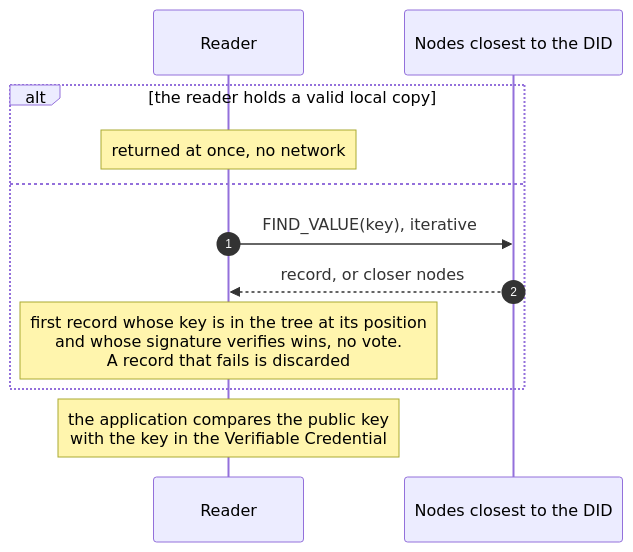
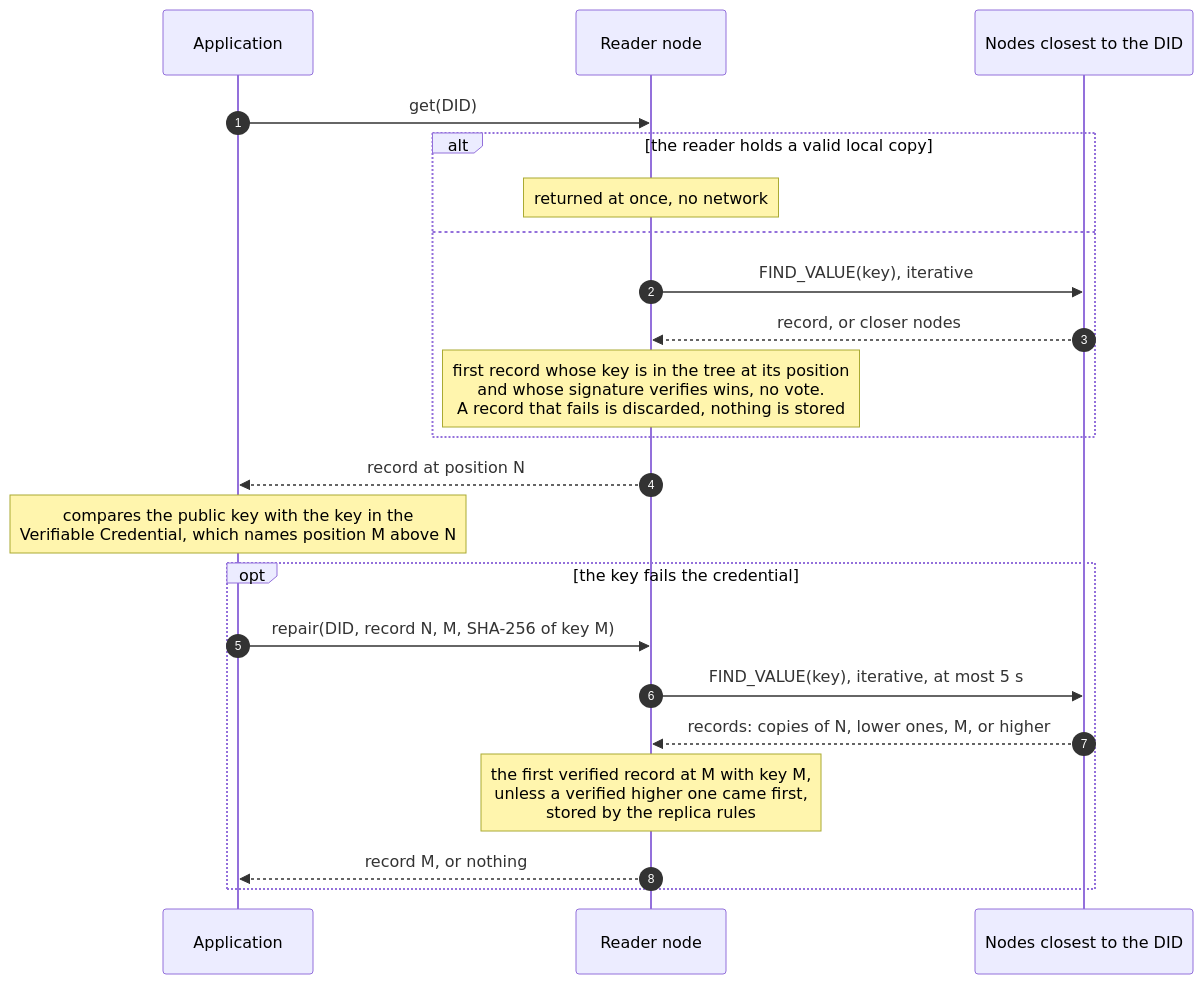
The diagram in docs/design/get.mmd (fratrung/auth-kademlia-rs), drawn with Mermaid before and after one commit. The commit also changed 9 other files, not shown here.

```diff
--- a/docs/design/get.mmd
+++ b/docs/design/get.mmd
@@ -1,12 +1,22 @@
 sequenceDiagram
     autonumber
-    participant V as Reader
+    participant A as Application
+    participant V as Reader node
     participant N as Nodes closest to the DID
+    A->>V: get(DID)
     alt the reader holds a valid local copy
         Note over V: returned at once, no network
     else
         V->>N: FIND_VALUE(key), iterative
         N-->>V: record, or closer nodes
-        Note over V: first record whose key is in the tree at its position<br/>and whose signature verifies wins, no vote.<br/>A record that fails is discarded
+        Note over V: first record whose key is in the tree at its position<br/>and whose signature verifies wins, no vote.<br/>A record that fails is discarded, nothing is stored
     end
-    Note over V: the application compares the public key<br/>with the key in the Verifiable Credential
+    V-->>A: record at position N
+    Note over A: compares the public key with the key in the<br/>Verifiable Credential, which names position M above N
+    opt the key fails the credential
+        A->>V: repair(DID, record N, M, SHA-256 of key M)
+        V->>N: FIND_VALUE(key), iterative, at most 5 s
+        N-->>V: records: copies of N, lower ones, M, or higher
+        Note over V: the first verified record at M with key M,<br/>unless a verified higher one came first,<br/>stored by the replica rules
+        V-->>A: record M, or nothing
+    end
```
